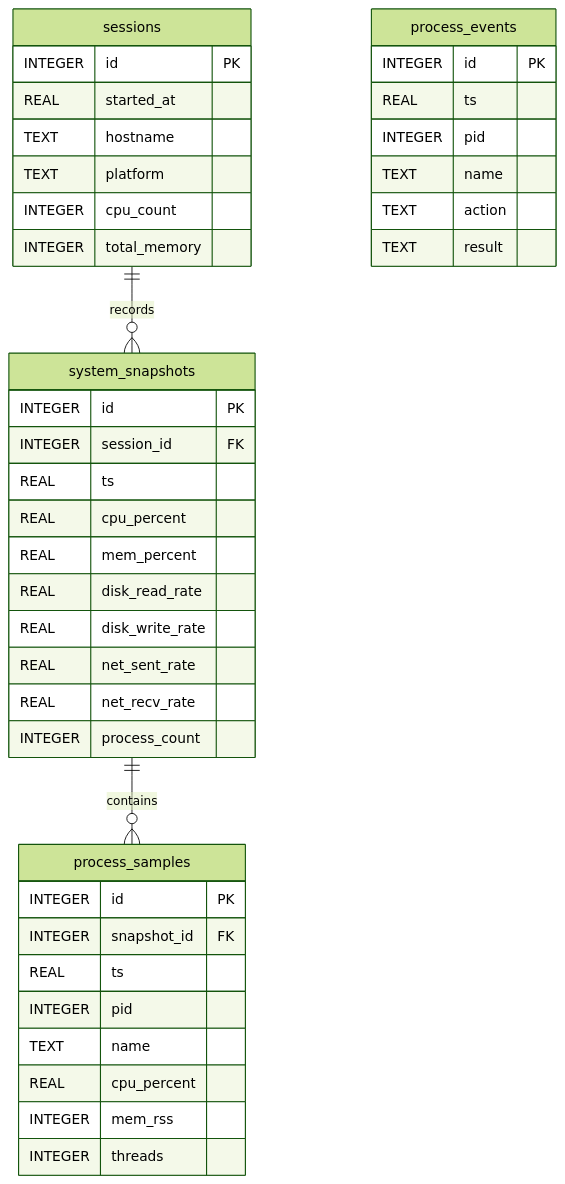
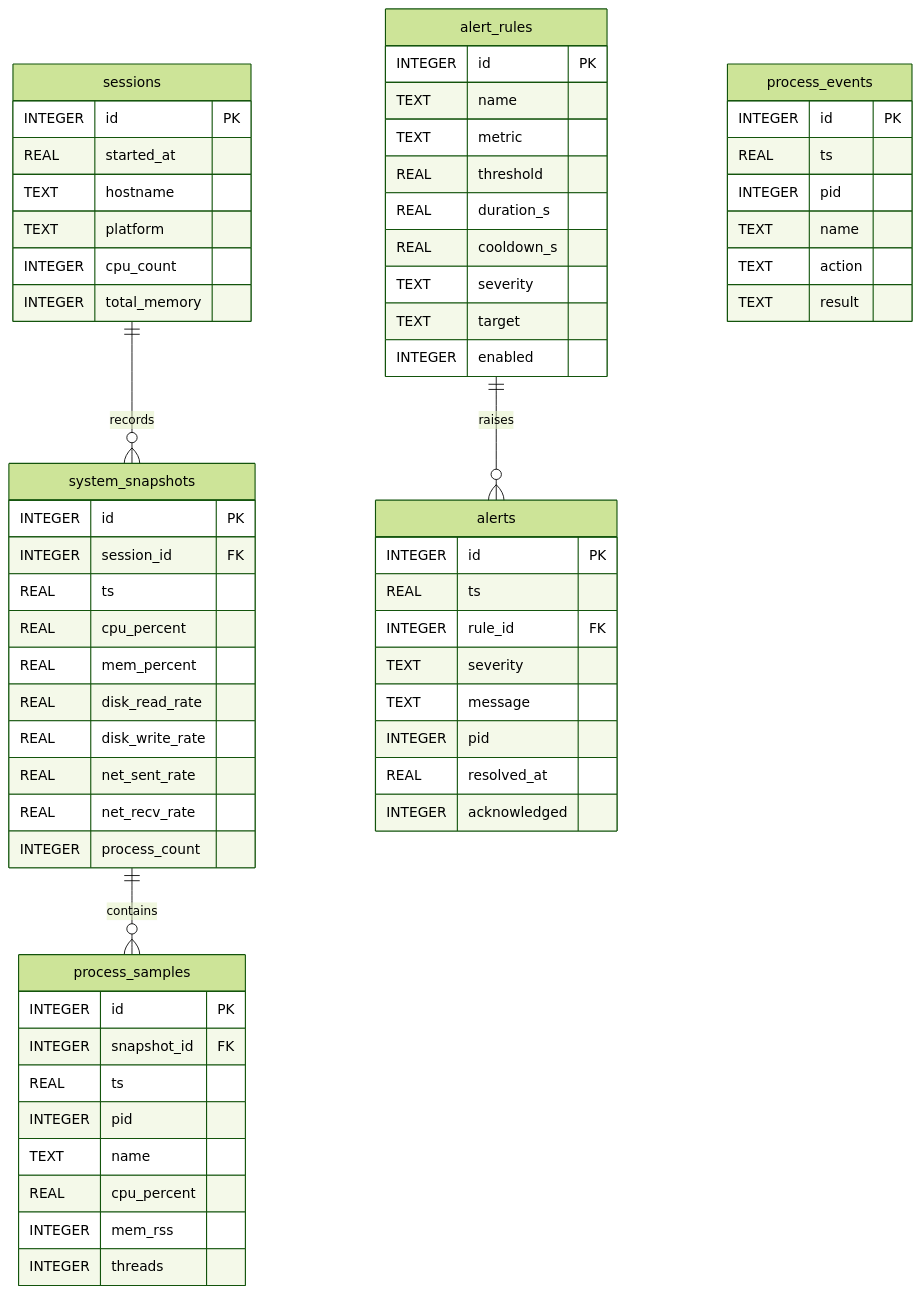
The second of 2 diagrams in README.md (juanmiguelaasg/SystemProcessMonitor), drawn with Mermaid (forest theme) before and after one commit. The commit also changed other lines of this file and 3 other files, not shown here.

````diff
--- a/README.md
+++ b/README.md
@@ -153,43 +232,65 @@
 ```mermaid
 erDiagram
     sessions ||--o{ system_snapshots : records
     system_snapshots ||--o{ process_samples : contains
+    alert_rules ||--o{ alerts : raises
     sessions {
         INTEGER id PK
         REAL started_at
         TEXT hostname
         TEXT platform
         INTEGER cpu_count
         INTEGER total_memory
     }
     system_snapshots {
         INTEGER id PK
         INTEGER session_id FK
         REAL ts
         REAL cpu_percent
         REAL mem_percent
         REAL disk_read_rate
         REAL disk_write_rate
         REAL net_sent_rate
         REAL net_recv_rate
         INTEGER process_count
     }
     process_samples {
         INTEGER id PK
         INTEGER snapshot_id FK
         REAL ts
         INTEGER pid
         TEXT name
         REAL cpu_percent
         INTEGER mem_rss
         INTEGER threads
     }
+    alert_rules {
+        INTEGER id PK
+        TEXT name
+        TEXT metric
+        REAL threshold
+        REAL duration_s
+        REAL cooldown_s
+        TEXT severity
+        TEXT target
+        INTEGER enabled
+    }
+    alerts {
+        INTEGER id PK
+        REAL ts
+        INTEGER rule_id FK
+        TEXT severity
+        TEXT message
+        INTEGER pid
+        REAL resolved_at
+        INTEGER acknowledged
+    }
     process_events {
         INTEGER id PK
         REAL ts
         INTEGER pid
         TEXT name
         TEXT action
         TEXT result
     }
 ```
````
